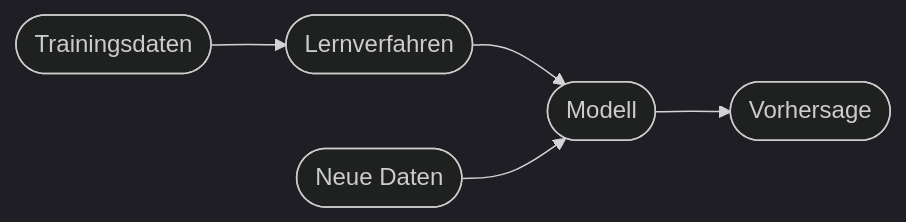
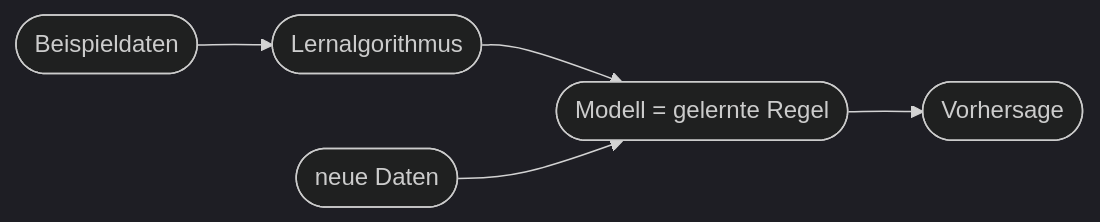
One commit to Qualidy/Prompt-Engineering-KI-in-der-Arbeitswelt changed the first of 3 diagrams in docs/content/kapitel12.md. Above: the diagram before and after it, drawn with Mermaid (dark theme). The commit also changed other lines of this file and 80 other files, not shown here.

````diff
--- a/docs/content/kapitel12.md
+++ b/docs/content/kapitel12.md
@@ -20,7 +21,7 @@
 ```mermaid
 flowchart LR
-    A([Trainingsdaten]) --> B([Lernverfahren])
-    B --> C([Modell])
-    D([Neue Daten]) --> C
+    A([Beispieldaten]) --> B([Lernalgorithmus])
+    B --> C([Modell = gelernte Regel])
+    D([neue Daten]) --> C
     C --> E([Vorhersage])
 ```
````
